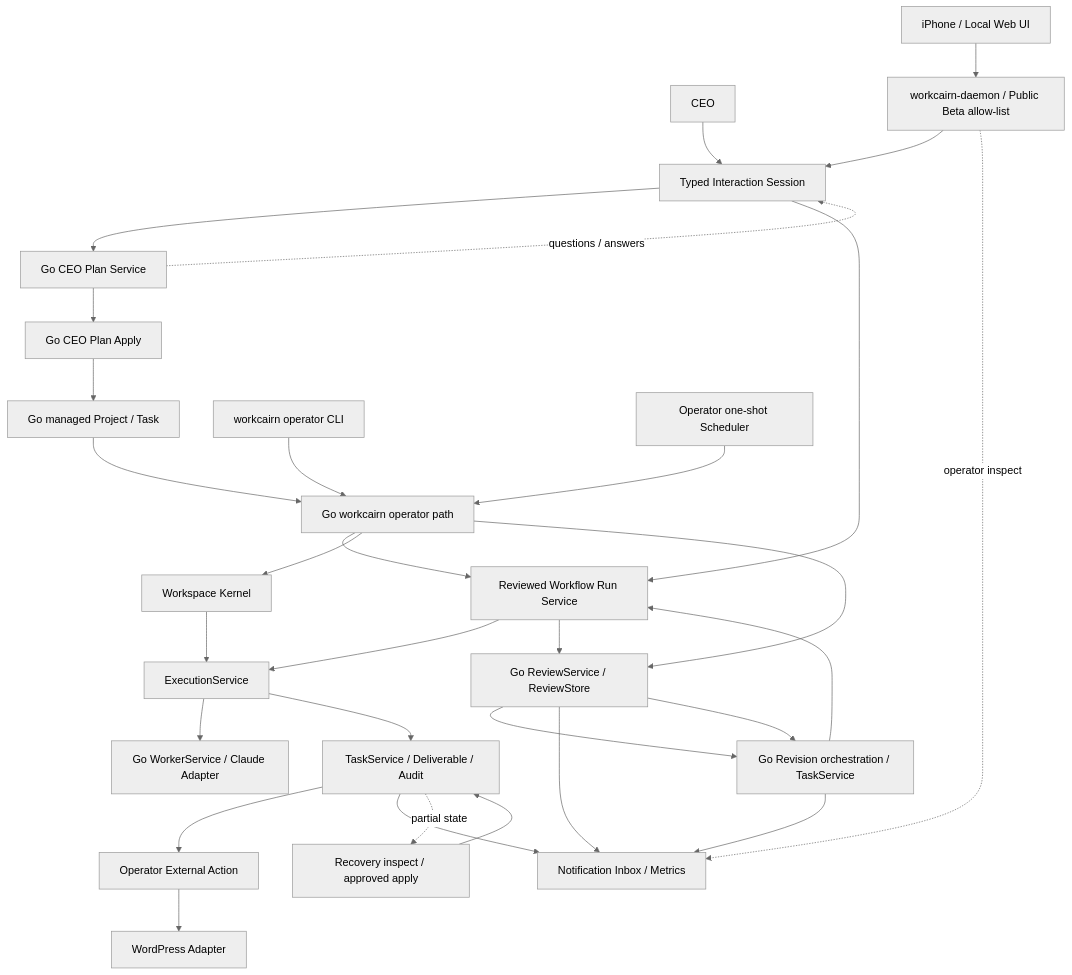
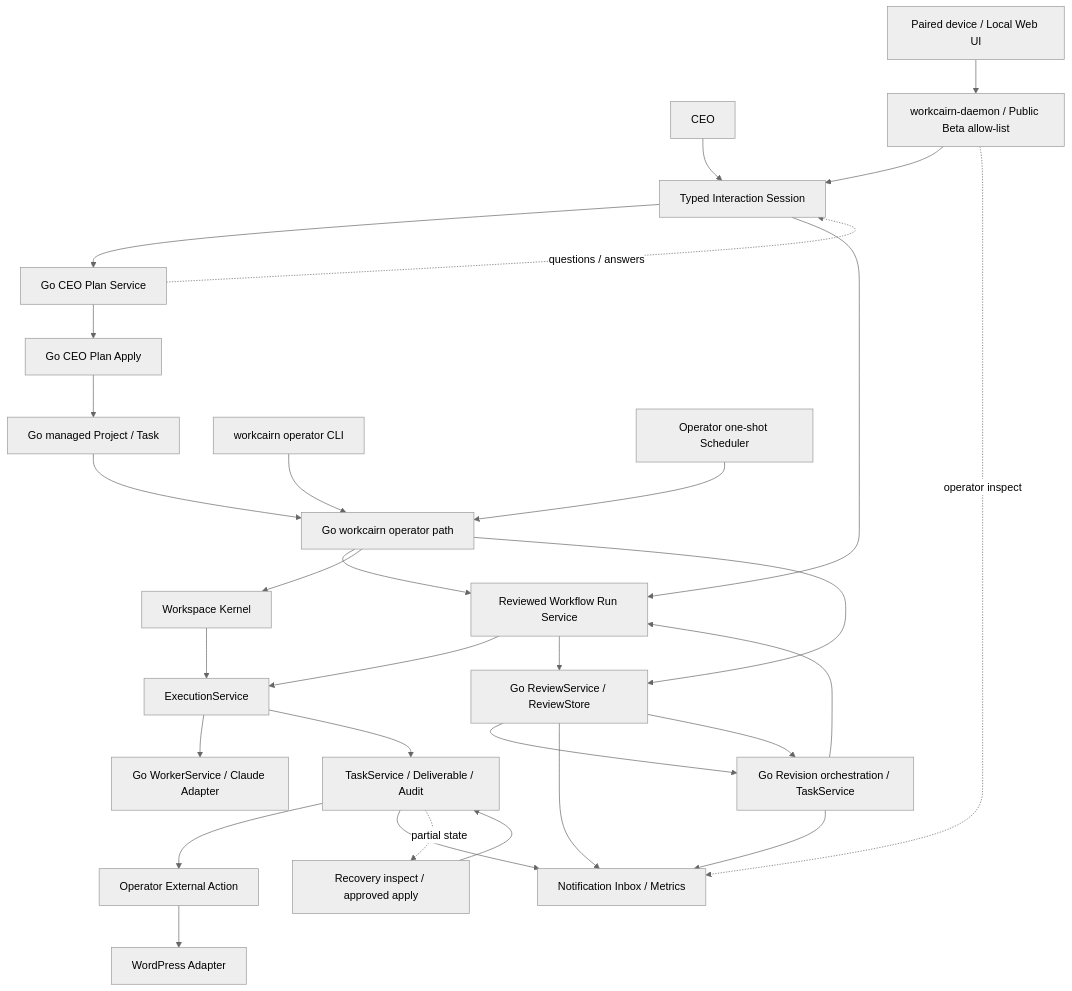
The diagram in docs/Architecture.md (AkiraShimizu0/WorkCairn), drawn with Mermaid (neutral theme) before and after one commit. The commit also changed other lines of this file and 23 other files, not shown here.

````diff
--- a/docs/Architecture.md
+++ b/docs/Architecture.md
@@ -9,33 +9,33 @@
 ```mermaid
 flowchart TD
     CEO["CEO"] --> Interaction["Typed Interaction Session"]
     Interaction --> Plan["Go CEO Plan Service"]
     Plan -. questions / answers .-> Interaction
     Plan --> Apply["Go CEO Plan Apply"]
     Apply --> Workflow["Go managed Project / Task"]
     Workflow --> Run["Go workcairn operator path"]
     API["workcairn-daemon / Public Beta allow-list"] --> Interaction
-    Mobile["iPhone / Local Web UI"] --> API
+    Mobile["Paired device / Local Web UI"] --> API
     CLI["workcairn operator CLI"] --> Run
     Scheduler["Operator one-shot Scheduler"] --> Run
     API -. operator inspect .-> Observe["Notification Inbox / Metrics"]
     Run --> WorkflowRun["Reviewed Workflow Run Service"]
     Interaction --> WorkflowRun
     WorkflowRun --> Execution
     WorkflowRun --> Review
     Review --> Revision
     Revision --> WorkflowRun
     Run --> Kernel["Workspace Kernel"]
     Kernel --> Execution["ExecutionService"]
     Execution --> GoWorker["Go WorkerService / Claude Adapter"]
     Execution --> Task["TaskService / Deliverable / Audit"]
     Task --> Action["Operator External Action"]
     Action --> WordPress["WordPress Adapter"]
     Task --> Observe
     Review --> Observe
     Revision --> Observe
     Task -. partial state .-> Recovery["Recovery inspect / approved apply"]
     Recovery --> Task
     Run --> Review["Go ReviewService / ReviewStore"]
     Review --> Revision["Go Revision orchestration / TaskService"]
 ```
````
